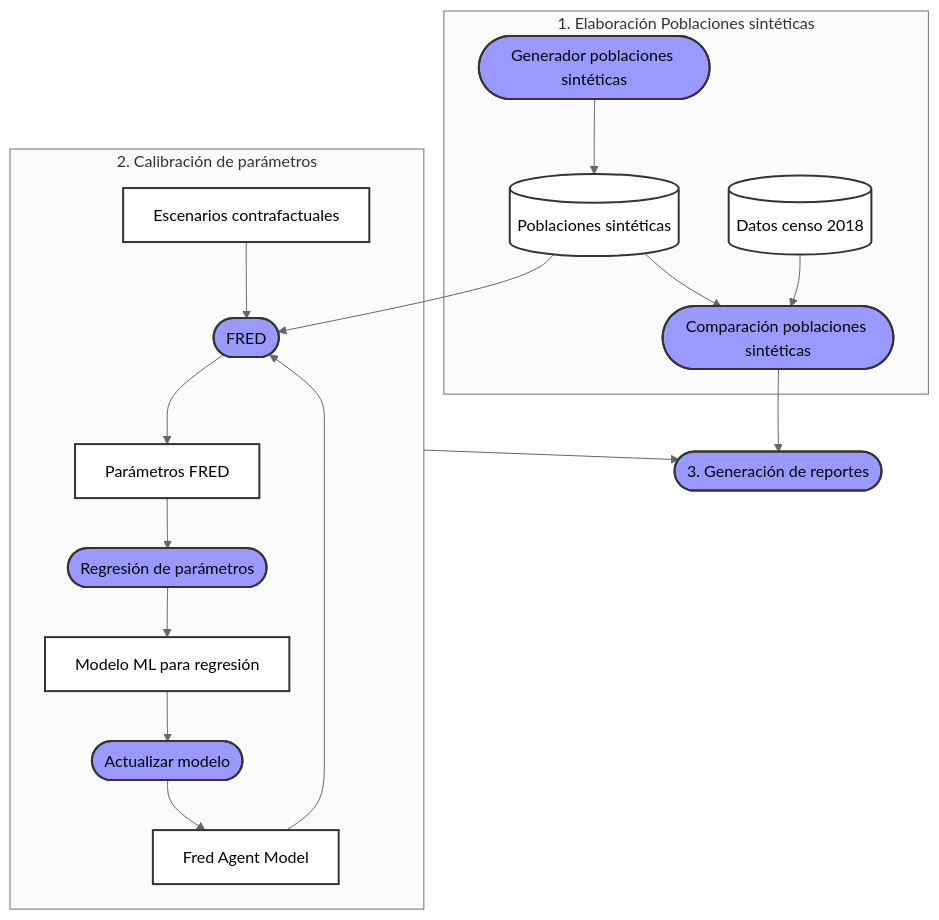
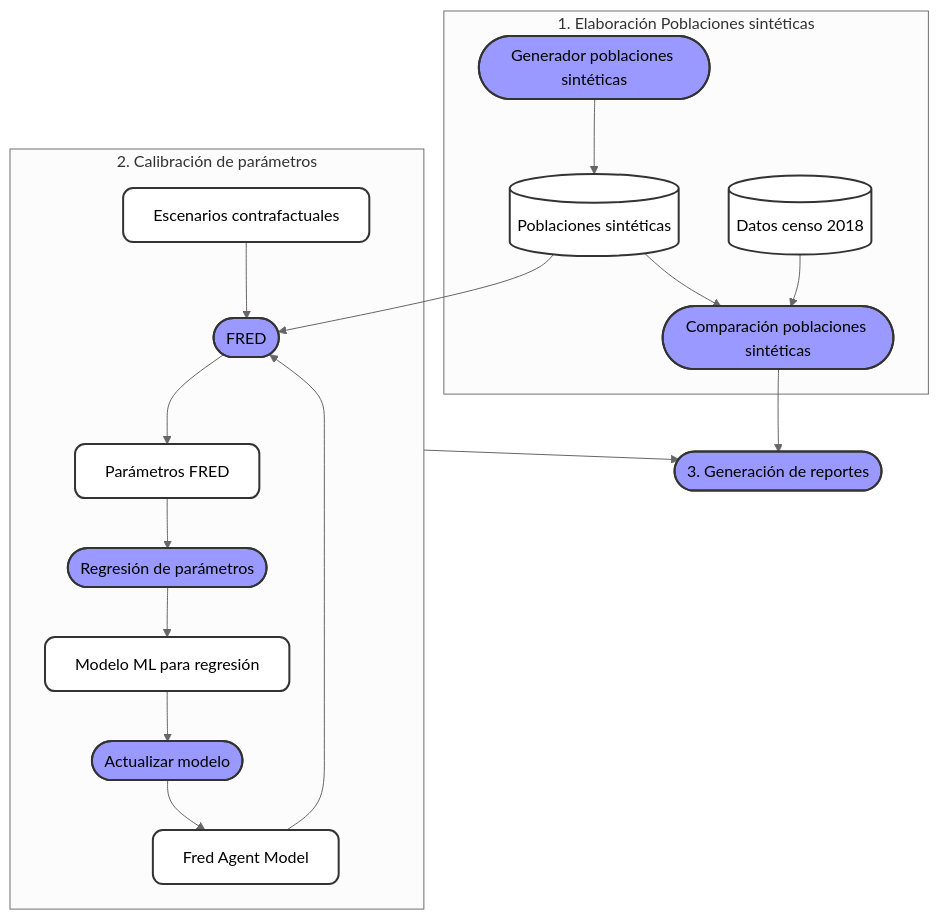
Before and after one commit to AGORA-COL/.github: the diagram in profile/FRED/FlujoDatos.md, drawn with Mermaid (neutral theme). The commit also changed other lines of this file and 1 other file, not shown here.

````diff
--- a/profile/FRED/FlujoDatos.md
+++ b/profile/FRED/FlujoDatos.md
@@ -11,47 +11,45 @@
 ```mermaid
 flowchart TB
     subgraph EPS[1. Elaboración Poblaciones sintéticas]
         GPS([Generador poblaciones sintéticas])
         PS[(Poblaciones sintéticas)]
         CPS([Comparación poblaciones sintéticas])
         DC[(Datos censo 2018)]
     end 
     PS --> F
     subgraph CP[2. Calibración de parámetros]
         EC[Escenarios contrafactuales]
         FAM[Fred Agent Model]
         F([FRED])
         FP[Parámetros FRED]
         RP([Regresión de parámetros])
         ML[Modelo ML para regresión]
         AM([Actualizar modelo])
-        FAM --> F --> FP --> RP --> ML --> AM --> FAM
-        EC --> F
+        EC --> F --> FP --> RP --> ML --> AM --> FAM --> F
     end
     R([3. Generación de reportes])
 
     GPS --> PS --> CPS
     DC --> CPS
     CP --> R
     CPS --> R
 
 
     %% Links
     click GPS "https://github.com/AGORA-COL/synthetic_populations"
     click ML "https://github.com/AGORA-COL/fred_parameters_regression"
     click R "https://github.com/AGORA-COL/model-reports"
     click F "https://github.com/AGORA-COL/FRED"
     click FAM "https://github.com/AGORA-COL/fred_colombia_implementation"
 
     %% Styles
-
     class F,R,RP,GPS,CPS,AM process;
     class PS,DC repository;
     class EC,ML,FAM,FP model;
 
-    classDef model fill:white,stroke:#333,stroke-width:2px,color:#000;
+    classDef model fill:#fff,stroke:#333,stroke-width:2px,color:#000,rx:10,ry:10;
     classDef process fill:#99f,stroke:#333,stroke-width:2px,color:black;
     classDef repository fill:#fff,stroke:#333,stroke-width:2px,stroke: 5 5,color:#000;
     classDef software fill:orange,stroke:#333,stroke-width:2px,color:#000;
     classDef report fill:#ddd,stroke:#333,stroke-width:2px,color:#000;
 ```
````
